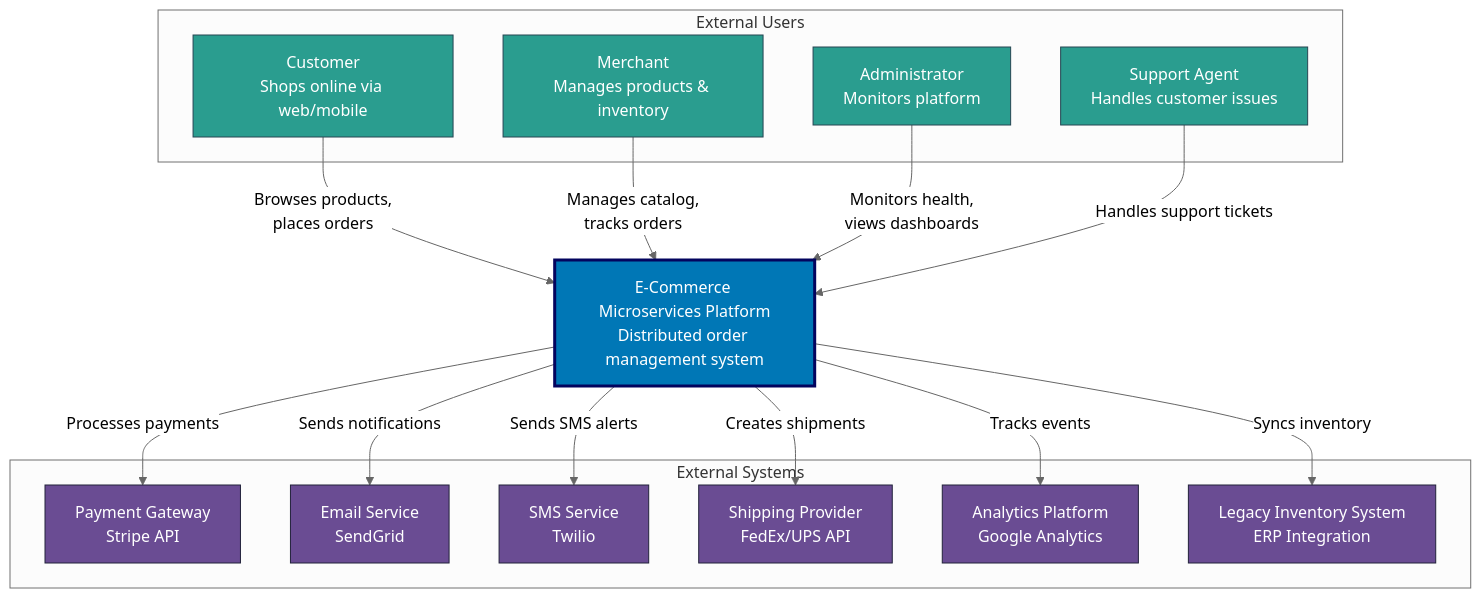
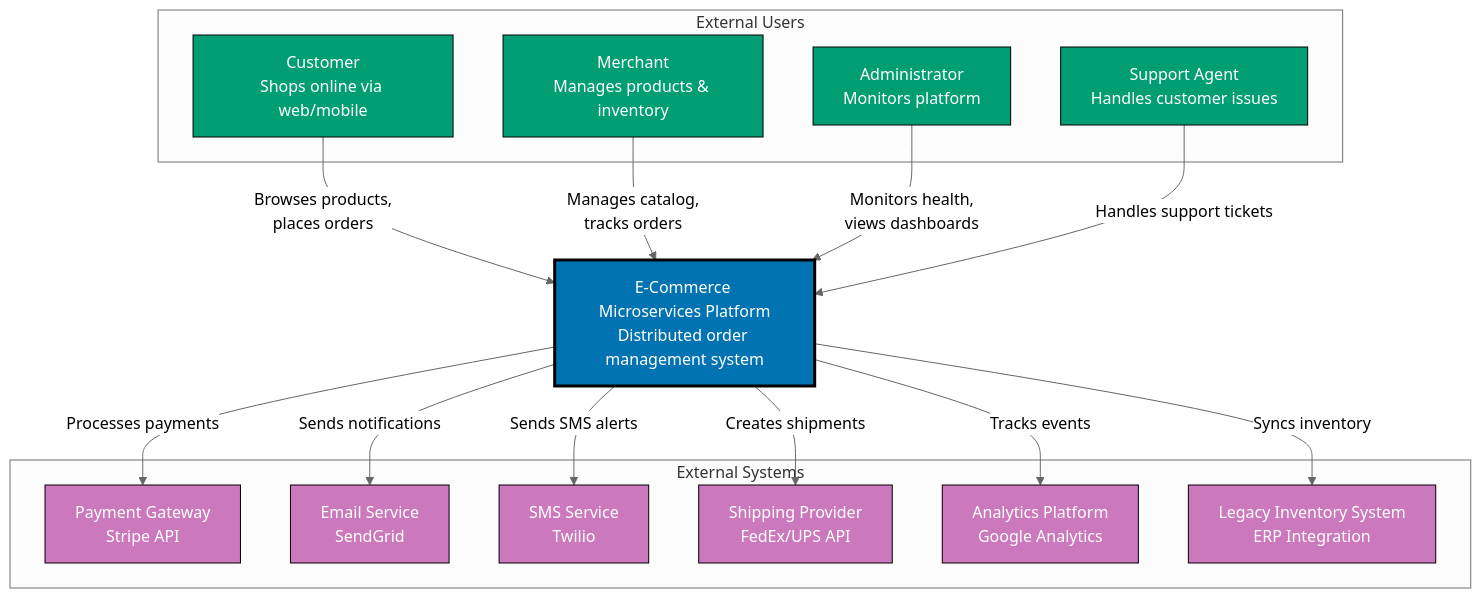
One commit to wahidyankf/open-sharia-enterprise changed the first of 12 diagrams in docs/explanation/ex__c4-architecture-model.md. Above: the diagram before and after it, drawn with Mermaid (neutral theme). The commit also changed other lines of this file, not shown here.

First line of the commit message:
docs(explanation): enhance C4 architecture model with official guidance

````diff
--- a/docs/explanation/ex__c4-architecture-model.md
+++ b/docs/explanation/ex__c4-architecture-model.md
@@ -124,44 +124,44 @@
 ```mermaid
 graph TB
     subgraph "External Users"
         CUSTOMER[Customer<br/>Shops online via web/mobile]
         MERCHANT[Merchant<br/>Manages products & inventory]
         ADMIN[Administrator<br/>Monitors platform]
         SUPPORT[Support Agent<br/>Handles customer issues]
     end
 
     ECOMMERCE[E-Commerce Microservices Platform<br/>Distributed order management system]
 
     subgraph "External Systems"
         PAYMENT[Payment Gateway<br/>Stripe API]
         EMAIL[Email Service<br/>SendGrid]
         SMS[SMS Service<br/>Twilio]
         SHIPPING[Shipping Provider<br/>FedEx/UPS API]
         ANALYTICS[Analytics Platform<br/>Google Analytics]
         INVENTORY[Legacy Inventory System<br/>ERP Integration]
     end
 
     CUSTOMER -->|Browses products,<br/>places orders| ECOMMERCE
     MERCHANT -->|Manages catalog,<br/>tracks orders| ECOMMERCE
     ADMIN -->|Monitors health,<br/>views dashboards| ECOMMERCE
     SUPPORT -->|Handles support tickets| ECOMMERCE
 
     ECOMMERCE -->|Processes payments| PAYMENT
     ECOMMERCE -->|Sends notifications| EMAIL
     ECOMMERCE -->|Sends SMS alerts| SMS
     ECOMMERCE -->|Creates shipments| SHIPPING
     ECOMMERCE -->|Tracks events| ANALYTICS
     ECOMMERCE -->|Syncs inventory| INVENTORY
 
-    style ECOMMERCE fill:#0077b6,stroke:#03045e,color:#ffffff,stroke-width:3px
-    style CUSTOMER fill:#2a9d8f,stroke:#264653,color:#ffffff
-    style MERCHANT fill:#2a9d8f,stroke:#264653,color:#ffffff
-    style ADMIN fill:#2a9d8f,stroke:#264653,color:#ffffff
-    style SUPPORT fill:#2a9d8f,stroke:#264653,color:#ffffff
-    style PAYMENT fill:#6a4c93,stroke:#22223b,color:#ffffff
-    style EMAIL fill:#6a4c93,stroke:#22223b,color:#ffffff
-    style SMS fill:#6a4c93,stroke:#22223b,color:#ffffff
-    style SHIPPING fill:#6a4c93,stroke:#22223b,color:#ffffff
-    style ANALYTICS fill:#6a4c93,stroke:#22223b,color:#ffffff
-    style INVENTORY fill:#6a4c93,stroke:#22223b,color:#ffffff
+    style ECOMMERCE fill:#0173B2,stroke:#000000,color:#ffffff,stroke-width:3px
+    style CUSTOMER fill:#029E73,stroke:#000000,color:#ffffff
+    style MERCHANT fill:#029E73,stroke:#000000,color:#ffffff
+    style ADMIN fill:#029E73,stroke:#000000,color:#ffffff
+    style SUPPORT fill:#029E73,stroke:#000000,color:#ffffff
+    style PAYMENT fill:#CC78BC,stroke:#000000,color:#ffffff
+    style EMAIL fill:#CC78BC,stroke:#000000,color:#ffffff
+    style SMS fill:#CC78BC,stroke:#000000,color:#ffffff
+    style SHIPPING fill:#CC78BC,stroke:#000000,color:#ffffff
+    style ANALYTICS fill:#CC78BC,stroke:#000000,color:#ffffff
+    style INVENTORY fill:#CC78BC,stroke:#000000,color:#ffffff
 ```
````
